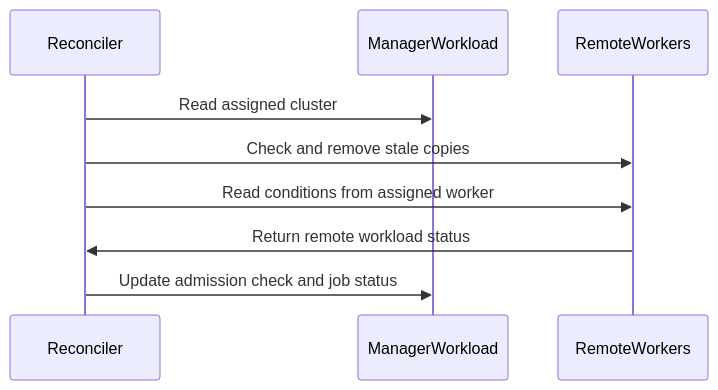
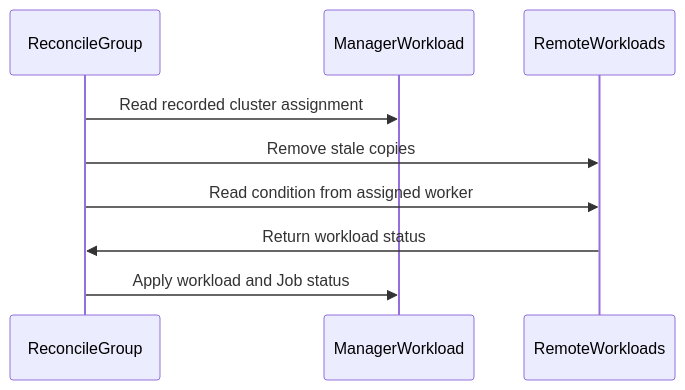
One commit to reruno/kueue-llm-wiki changed the diagram in raw/github/kubernetes-sigs__kueue/pr-18564.md. Above: the diagram before and after it, drawn with Mermaid. The commit also changed other lines of this file and 1319 other files, not shown here.

````diff
--- a/raw/github/kubernetes-sigs__kueue/pr-18564.md
+++ b/raw/github/kubernetes-sigs__kueue/pr-18564.md
@@ -106,11 +130,11 @@
 ```mermaid
 sequenceDiagram
-  participant Reconciler
+  participant ReconcileGroup
   participant ManagerWorkload
-  participant RemoteWorkers
-  Reconciler->>ManagerWorkload: Read assigned cluster
-  Reconciler->>RemoteWorkers: Check and remove stale copies
-  Reconciler->>RemoteWorkers: Read conditions from assigned worker
-  RemoteWorkers->>Reconciler: Return remote workload status
-  Reconciler->>ManagerWorkload: Update admission check and job status
+  participant RemoteWorkloads
+  ReconcileGroup->>ManagerWorkload: Read recorded cluster assignment
+  ReconcileGroup->>RemoteWorkloads: Remove stale copies
+  ReconcileGroup->>RemoteWorkloads: Read condition from assigned worker
+  RemoteWorkloads->>ReconcileGroup: Return workload status
+  ReconcileGroup->>ManagerWorkload: Apply workload and Job status
 ```
````
